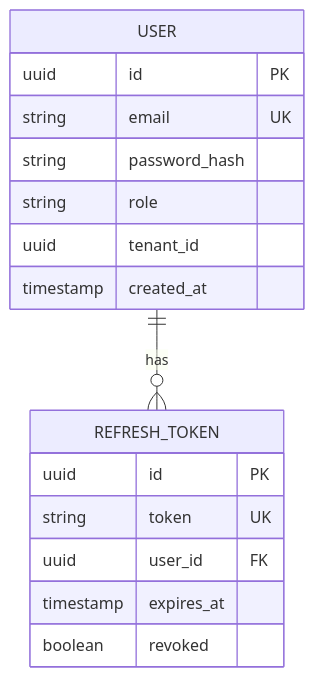
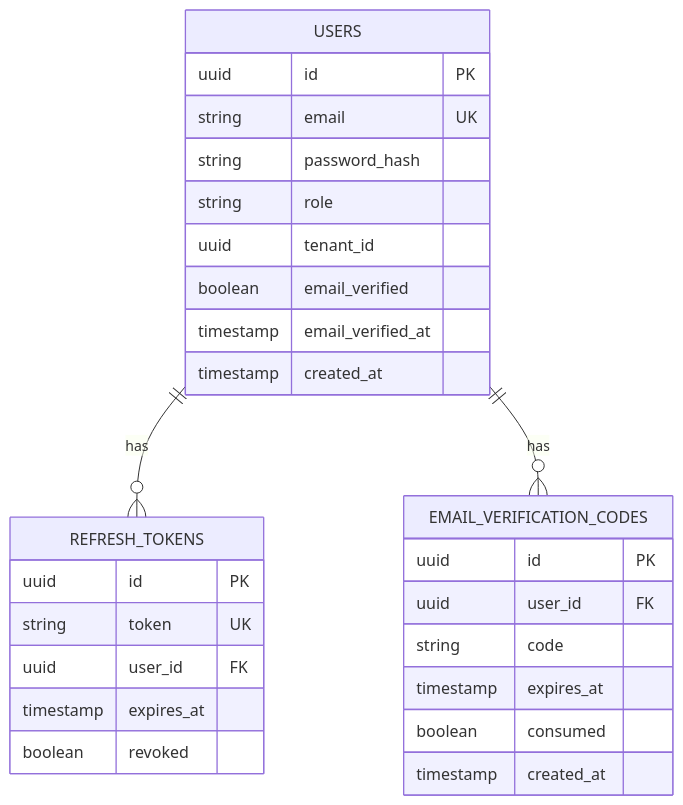
The diagram in diagrams/auth-service/er-diagram.md (stefann5/marketplace), drawn with Mermaid before and after one commit. The commit also changed 13 other files, not shown here.

````diff
--- a/diagrams/auth-service/er-diagram.md
+++ b/diagrams/auth-service/er-diagram.md
@@ -3,21 +3,33 @@
 ```mermaid
 erDiagram
-    USER {
+    USERS {
         uuid id PK
         string email UK
         string password_hash
         string role
         uuid tenant_id
+        boolean email_verified
+        timestamp email_verified_at
         timestamp created_at
     }
 
-    REFRESH_TOKEN {
+    REFRESH_TOKENS {
         uuid id PK
         string token UK
         uuid user_id FK
         timestamp expires_at
         boolean revoked
     }
 
-    USER ||--o{ REFRESH_TOKEN : "has"
+    EMAIL_VERIFICATION_CODES {
+        uuid id PK
+        uuid user_id FK
+        string code
+        timestamp expires_at
+        boolean consumed
+        timestamp created_at
+    }
+
+    USERS ||--o{ REFRESH_TOKENS : "has"
+    USERS ||--o{ EMAIL_VERIFICATION_CODES : "has"
 ```
````
